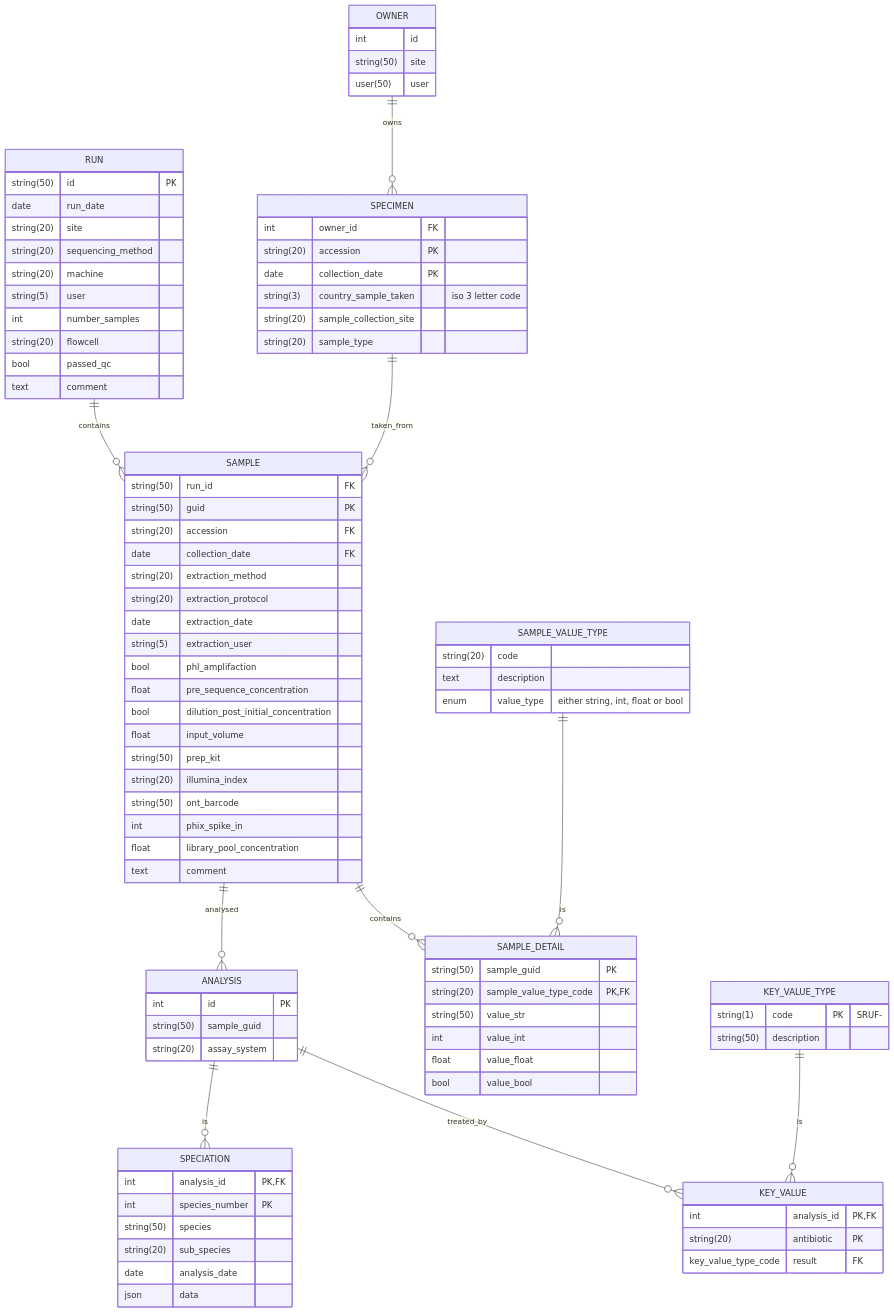
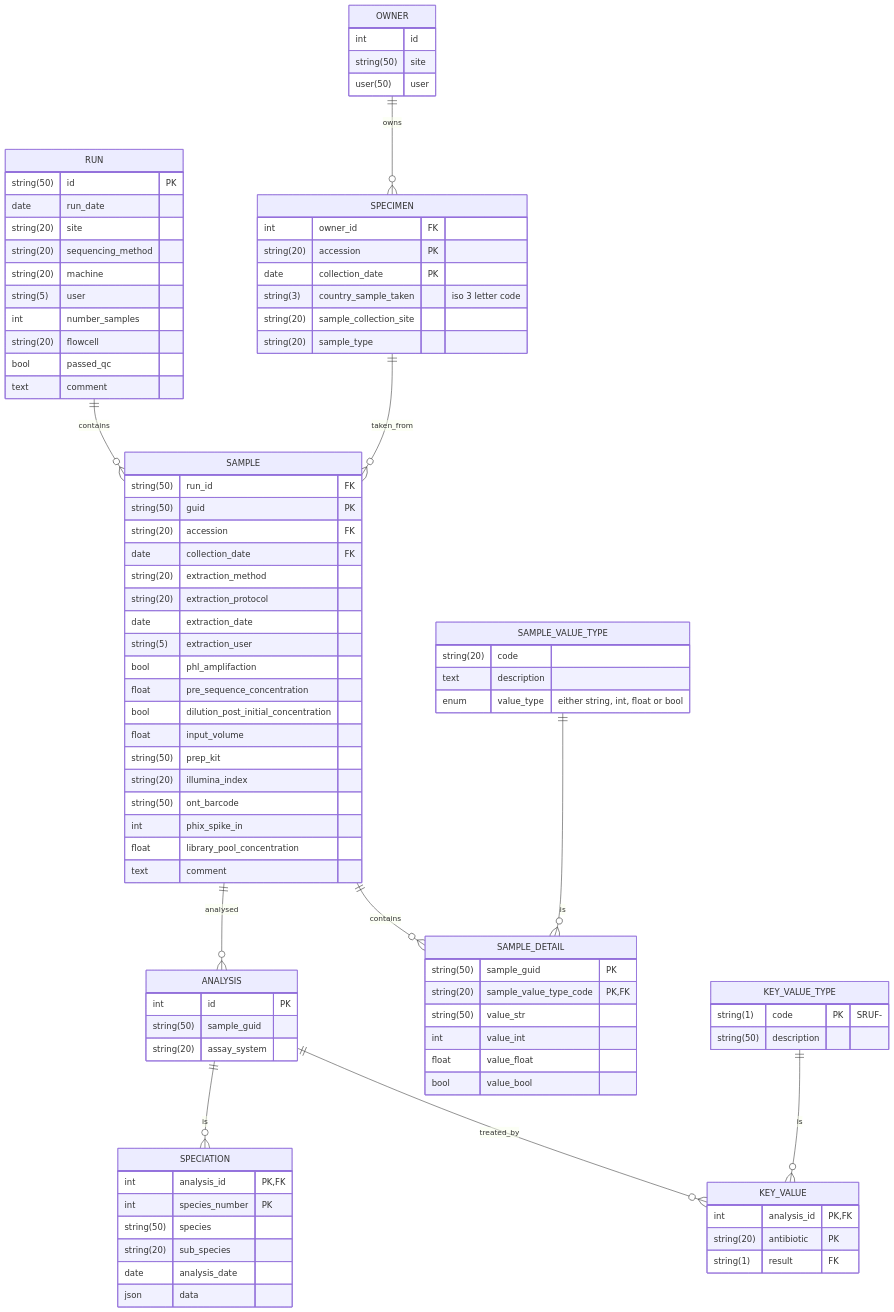
One commit to oxfordmmm/gpas_local_db changed the diagram in docs/database-layout.md. Above: the diagram before and after it, drawn with Mermaid.

Commit message:
incorrect type for result in KEY_VALUE table

```diff
--- a/docs/database-layout.md
+++ b/docs/database-layout.md
@@ -84,7 +84,7 @@
     KEY_VALUE {
         int analysis_id PK, FK
         string(20) antibiotic PK
-        key_value_type_code result FK
+        string(1) result FK
     }
 
     KEY_VALUE_TYPE {
```
